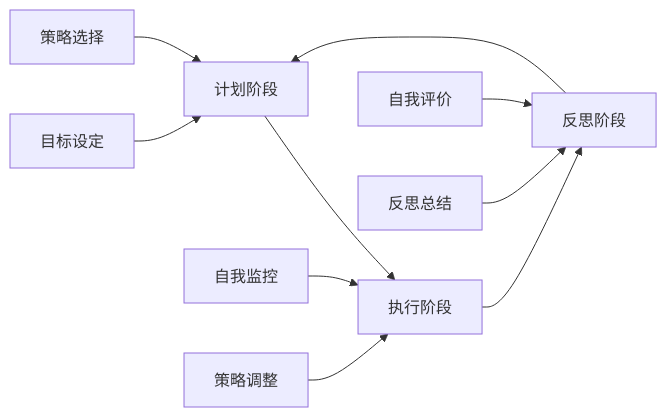
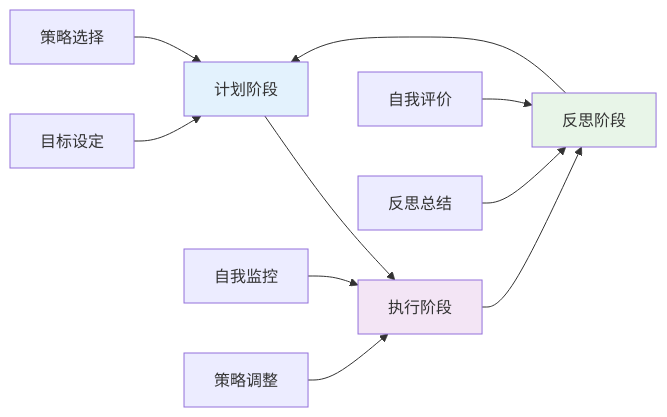
Before and after one commit to AdaMartin18010/SeniorEnducation: the first of 8 diagrams in 04-评估与发展/03-终身学习能力.md, drawn with Mermaid. The commit also changed other lines of this file and 16 other files, not shown here.

````diff
--- a/04-评估与发展/03-终身学习能力.md
+++ b/04-评估与发展/03-终身学习能力.md
@@ -67,15 +71,19 @@
 ```mermaid
 graph LR
     A[计划阶段] --> B[执行阶段]
     B --> C[反思阶段]
     C --> A
-    
+
     A1[目标设定] --> A
     A2[策略选择] --> A
-    
+
     B1[自我监控] --> B
     B2[策略调整] --> B
-    
+
     C1[自我评价] --> C
     C2[反思总结] --> C
+    
+    style A fill:#e3f2fd
+    style B fill:#f3e5f5
+    style C fill:#e8f5e8
 ```
````
